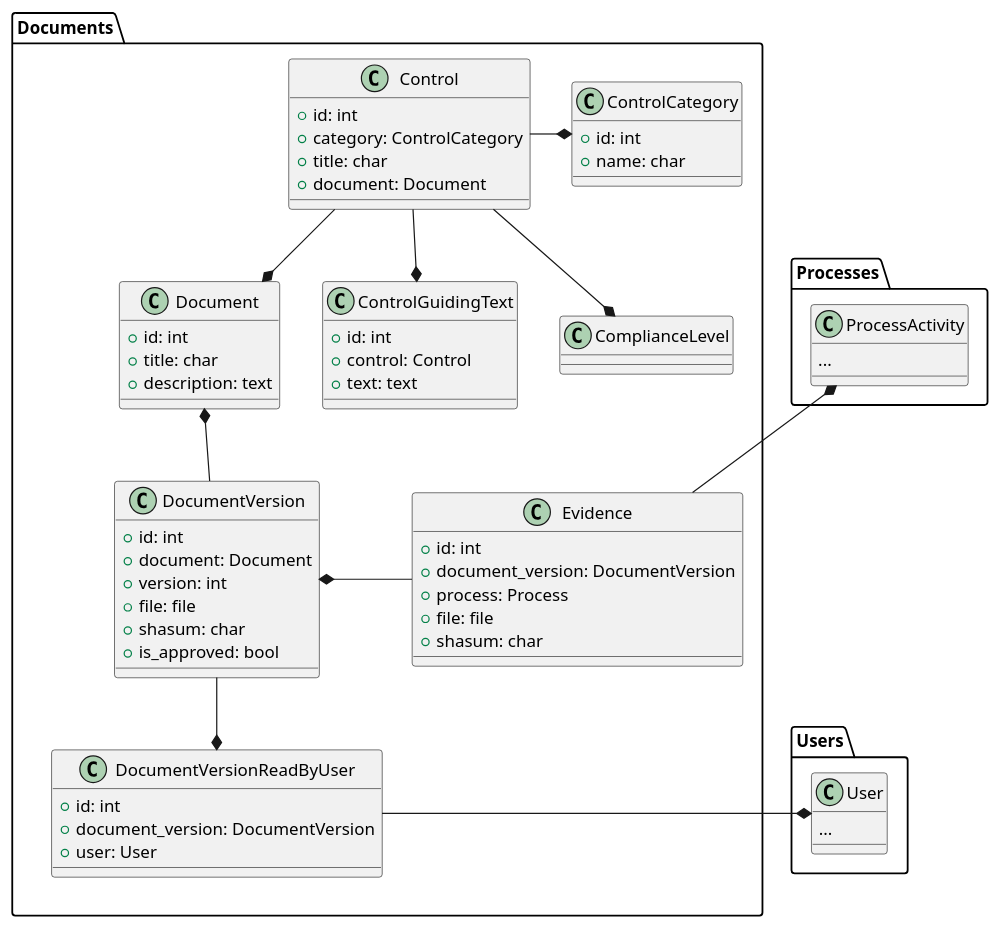
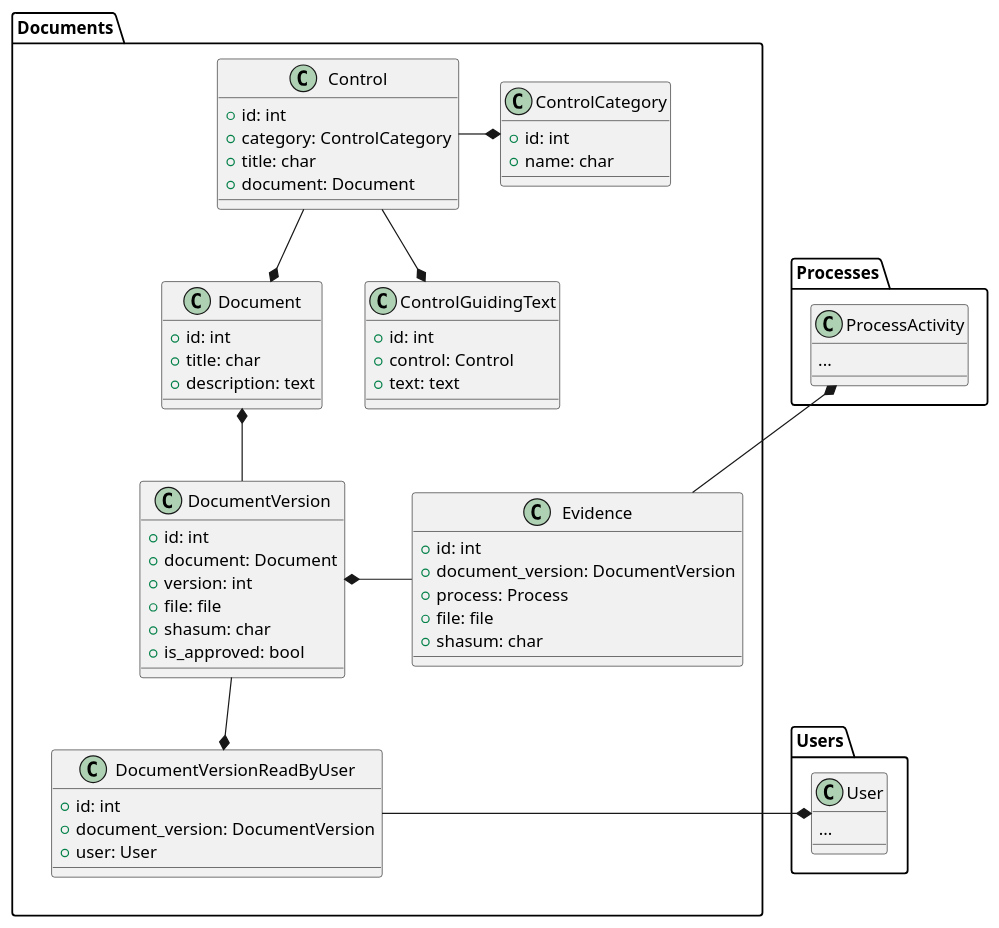
The first of 4 diagrams in docs/rfc/InitialModellingRFC.md (Gabo-araya/sgsi_ext), drawn with PlantUML before and after one commit. The commit also changed 22 other files, not shown here.

````diff
--- a/docs/rfc/InitialModellingRFC.md
+++ b/docs/rfc/InitialModellingRFC.md
@@ -18,66 +18,65 @@
 ```plantuml
 package Documents {
     together {
         class Document {
             + id: int
             + title: char
             + description: text
         }
         together {
             class DocumentVersion {
                 + id: int
                 + document: Document
                 + version: int
                 + file: file
                 + shasum: char
                 + is_approved: bool
             }
             class DocumentVersionReadByUser {
                 + id: int
                 + document_version: DocumentVersion
                 + user: User
             }
         }
     }
     class Control {
         + id: int
         + category: ControlCategory
         + title: char
         + document: Document
     }
     class ControlGuidingText {
         + id: int
         + control: Control
         + text: text
     }
     class ControlCategory {
         + id: int
         + name: char
     }
     class Evidence {
         + id: int
         + document_version: DocumentVersion
         + process: Process
         + file: file
         + shasum: char
     }
 }
 
 class Processes.ProcessActivity {
     ...
 }
 
 class Users.User {
     ...
 }
 
 Documents.Control --* Documents.Document
 Documents.Control -* Documents.ControlCategory
-Documents.Control --* Documents.ComplianceLevel
 Documents.Control --* Documents.ControlGuidingText
 Documents.DocumentVersion -up-* Documents.Document
 Documents.DocumentVersion --* Documents.DocumentVersionReadByUser
 Documents.Evidence -up-* Processes.ProcessActivity
 Documents.Evidence -* Documents.DocumentVersion
 Documents.DocumentVersionReadByUser -* Users.User
 ```
````
